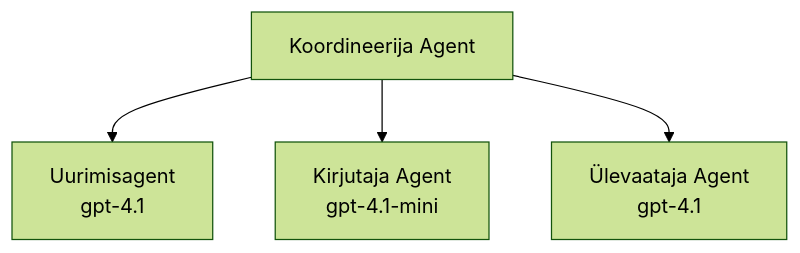
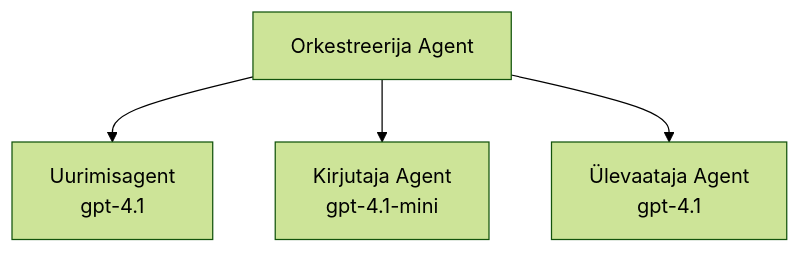
One commit to microsoft/AZD-for-beginners changed the third of 3 diagrams in translations/et/docs/chapter-02-ai-development/agents.md. Above: the diagram before and after it, drawn with Mermaid (forest theme). The commit also changed other lines of this file and 61 other files, not shown here.

````diff
--- a/translations/et/docs/chapter-02-ai-development/agents.md
+++ b/translations/et/docs/chapter-02-ai-development/agents.md
@@ -201,6 +201,6 @@
 ```mermaid
 graph TD
-    Orchestrator[Koordineerija Agent] --> Research[Uurimisagent<br/>gpt-4.1]
+    Orchestrator[Orkestreerija Agent] --> Research[Uurimisagent<br/>gpt-4.1]
     Orchestrator --> Writer[Kirjutaja Agent<br/>gpt-4.1-mini]
     Orchestrator --> Reviewer[Ülevaataja Agent<br/>gpt-4.1]
 ```
````
